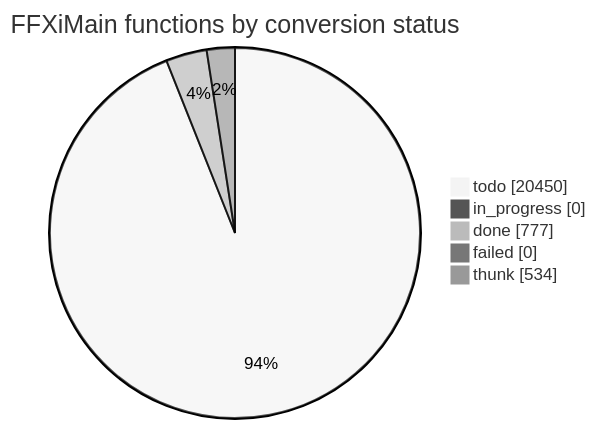
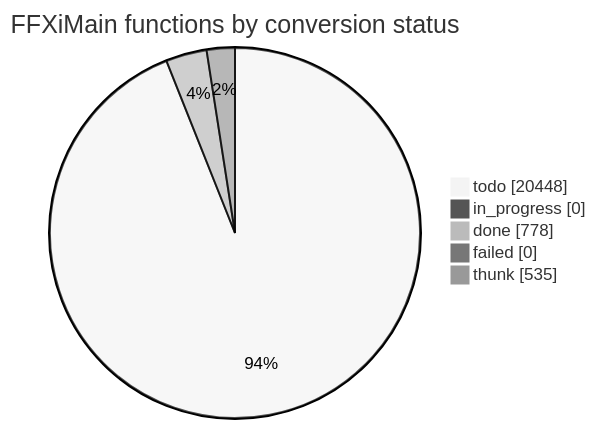
One commit to cowrevenge/cow_kuluu_xi_anything changed the diagram in docs/cow/STATUS.md. Above: the diagram before and after it, drawn with Mermaid (neutral theme). The commit also changed other lines of this file and 9 other files, not shown here.

````diff
--- a/docs/cow/STATUS.md
+++ b/docs/cow/STATUS.md
@@ -18,9 +18,9 @@
 ```mermaid
 pie showData
     title FFXiMain functions by conversion status
-    "todo" : 20450
+    "todo" : 20448
     "in_progress" : 0
-    "done" : 777
+    "done" : 778
     "failed" : 0
-    "thunk" : 534
+    "thunk" : 535
 ```
````
